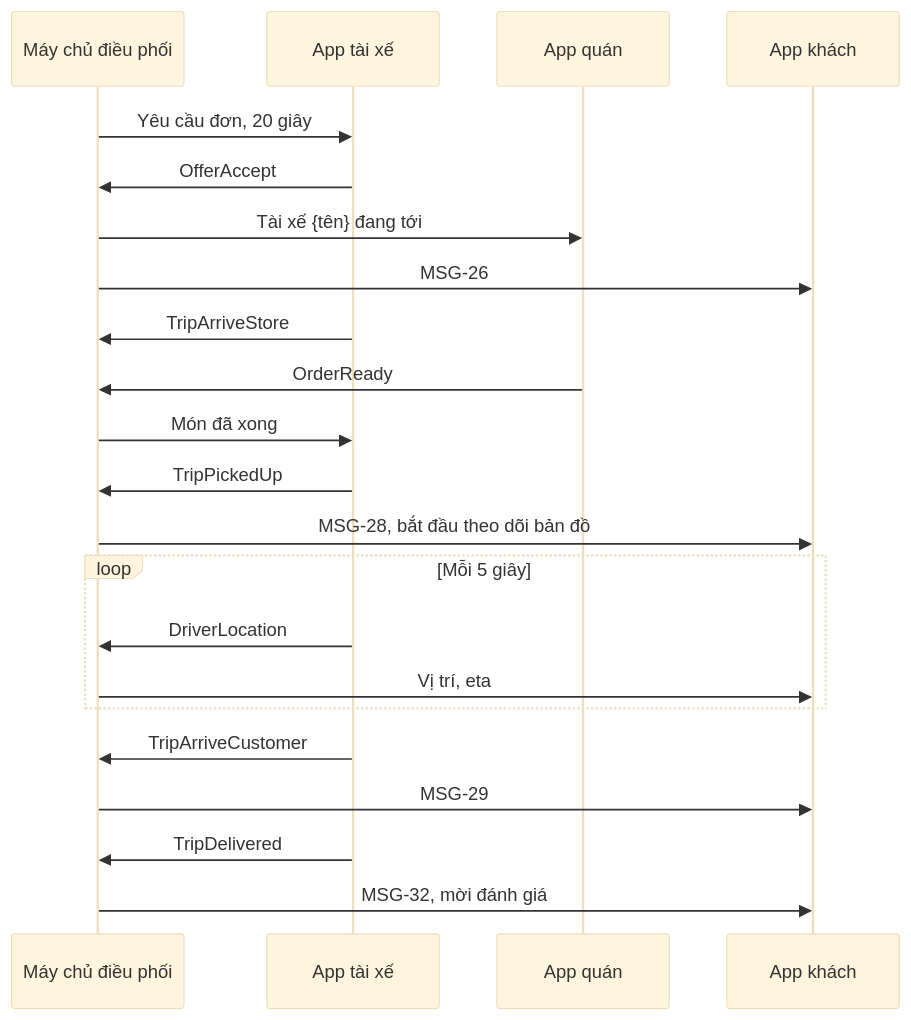
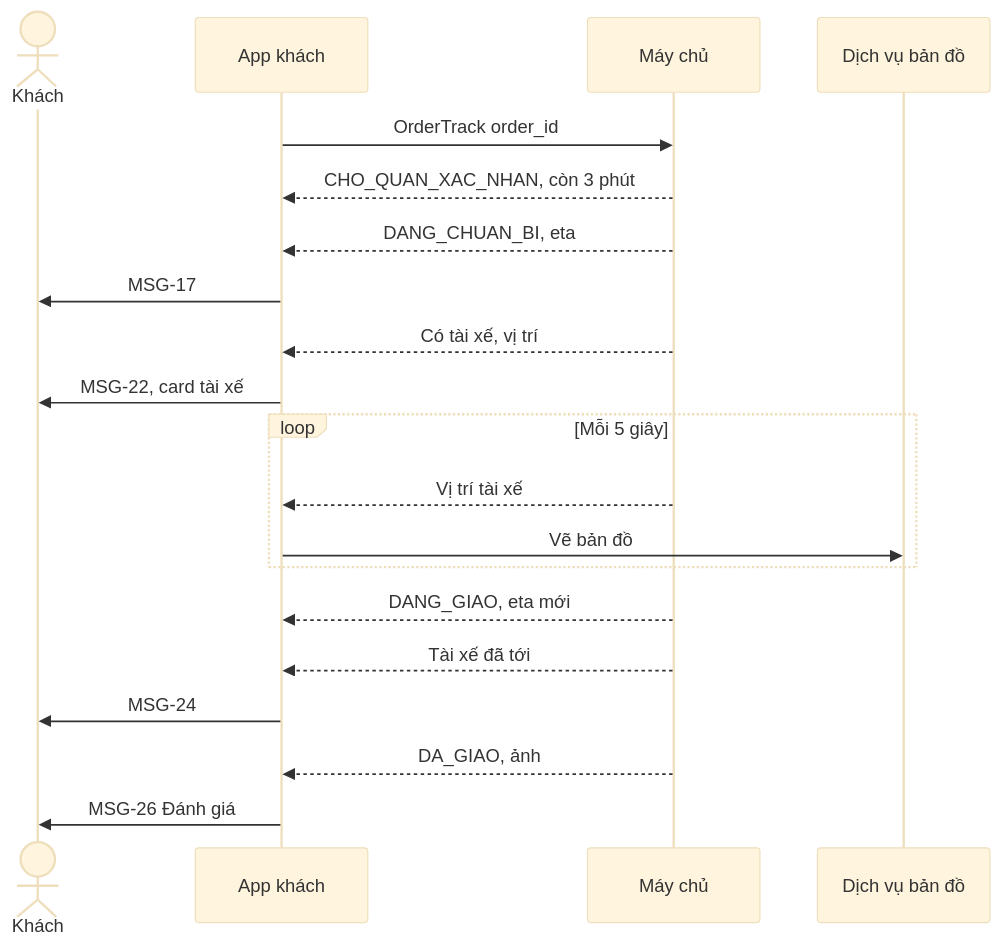
Diagram 14 of 15 in docs/SRS.md (uxfoundation-vn/de06-dat-ship-do-an), drawn with Mermaid (base theme) before and after one commit. The commit also changed other lines of this file and 2 other files, not shown here.

First line of the commit message:
Đề 6: chỉ giữ luồng của khách

````diff
--- a/docs/SRS.md
+++ b/docs/SRS.md
@@ -1261,24 +901,22 @@
 ```mermaid
 sequenceDiagram
-  participant API as Máy chủ điều phối
-  participant TX as App tài xế
-  participant Q as App quán
-  participant K as App khách
-  API->>TX: Yêu cầu đơn, 20 giây
-  TX->>API: OfferAccept
-  API->>Q: Tài xế {tên} đang tới
-  API->>K: MSG-26
-  TX->>API: TripArriveStore
-  Q->>API: OrderReady
-  API->>TX: Món đã xong
-  TX->>API: TripPickedUp
-  API->>K: MSG-28, bắt đầu theo dõi bản đồ
+  actor K as Khách
+  participant App as App khách
+  participant API as Máy chủ
+  participant BD as Dịch vụ bản đồ
+  App->>API: OrderTrack order_id
+  API-->>App: CHO_QUAN_XAC_NHAN, còn 3 phút
+  API-->>App: DANG_CHUAN_BI, eta
+  App->>K: MSG-17
+  API-->>App: Có tài xế, vị trí
+  App->>K: MSG-22, card tài xế
   loop Mỗi 5 giây
-    TX->>API: DriverLocation
-    API->>K: Vị trí, eta
+    API-->>App: Vị trí tài xế
+    App->>BD: Vẽ bản đồ
   end
-  TX->>API: TripArriveCustomer
-  API->>K: MSG-29
-  TX->>API: TripDelivered
-  API->>K: MSG-32, mời đánh giá
+  API-->>App: DANG_GIAO, eta mới
+  API-->>App: Tài xế đã tới
+  App->>K: MSG-24
+  API-->>App: DA_GIAO, ảnh
+  App->>K: MSG-26 Đánh giá
 ```
````
